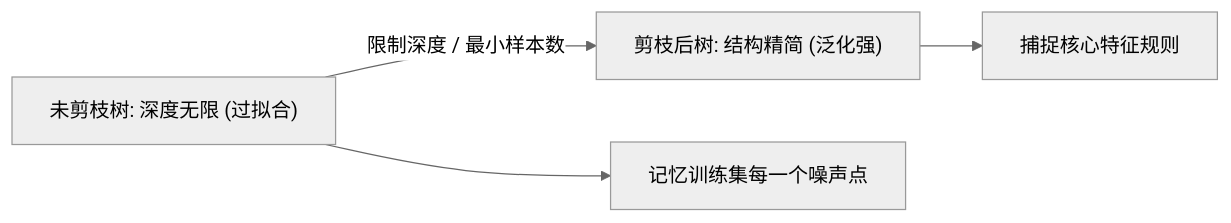
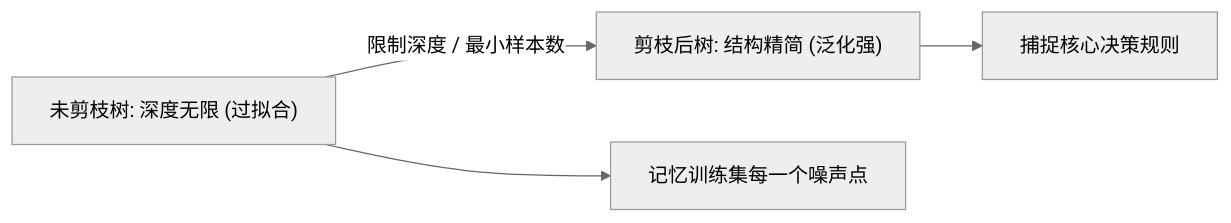
Before and after one commit to Ackow/mindpath-ai: the second of 2 diagrams in content/machine-learning/supervised/05-decision-tree-random-forest.mdx, drawn with Mermaid (neutral theme). The commit also changed other lines of this file and 12 other files, not shown here.

````diff
--- a/content/machine-learning/supervised/05-decision-tree-random-forest.mdx
+++ b/content/machine-learning/supervised/05-decision-tree-random-forest.mdx
@@ -131,6 +260,6 @@
 ```mermaid
 graph LR
-    A["未剪枝树: 深度无限 (过拟合)"] -->|"限制深度 / 最小样本数"| B["剪枝后树: 结构精简 (泛化强)"]
-    A --> C["记忆训练集每一个噪声点"]
-    B --> D["捕捉核心特征规则"]
+    Overfit["未剪枝树: 深度无限 (过拟合)"] -->|"限制深度 / 最小样本数"| Pruned["剪枝后树: 结构精简 (泛化强)"]
+    Overfit --> Noise["记忆训练集每一个噪声点"]
+    Pruned --> Rules["捕捉核心决策规则"]
 ```
````
